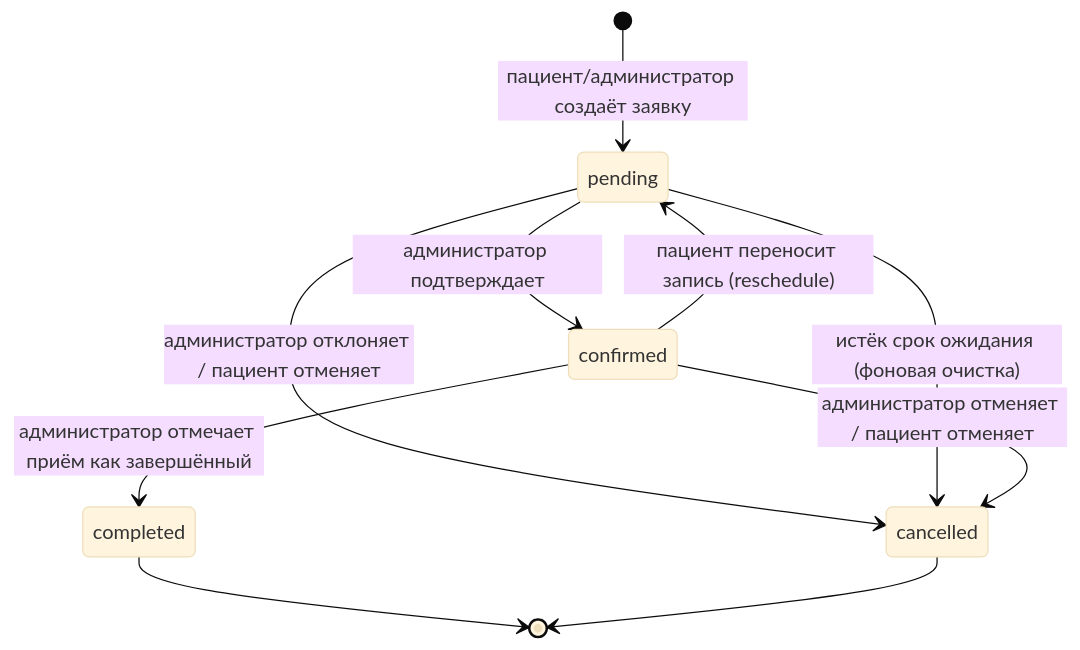
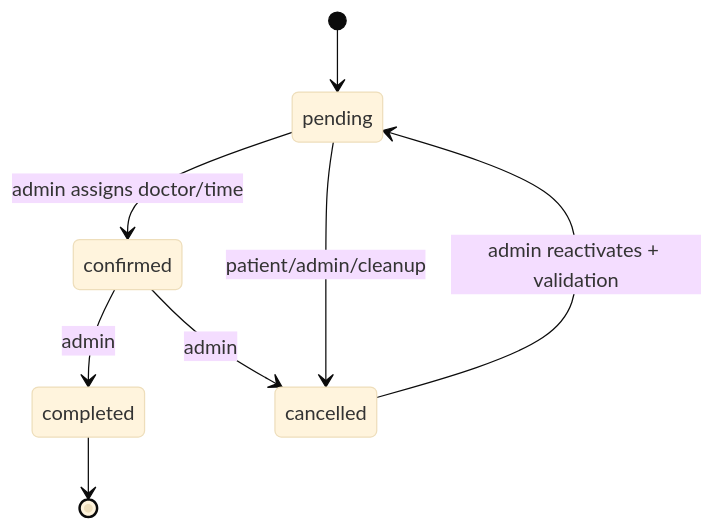
Before and after one commit to ViolettaNcl/DentalClinic: the first of 2 diagrams in docs/DATA_DICTIONARY.md, drawn with Mermaid (base theme). The commit also changed other lines of this file and 37 other files, not shown here.

````diff
--- a/docs/DATA_DICTIONARY.md
+++ b/docs/DATA_DICTIONARY.md
@@ -131,12 +80,10 @@
 ```mermaid
 stateDiagram-v2
-    [*] --> pending: пациент/администратор создаёт заявку
-    pending --> confirmed: администратор подтверждает
-    pending --> cancelled: администратор отклоняет / пациент отменяет
-    pending --> cancelled: истёк срок ожидания (фоновая очистка)
-    confirmed --> completed: администратор отмечает приём как завершённый
-    confirmed --> cancelled: администратор отменяет / пациент отменяет
-    confirmed --> pending: пациент переносит запись (reschedule)
+    [*] --> pending
+    pending --> confirmed: admin assigns doctor/time
+    pending --> cancelled: patient/admin/cleanup
+    confirmed --> completed: admin
+    confirmed --> cancelled: admin
+    cancelled --> pending: admin reactivates + validation
     completed --> [*]
-    cancelled --> [*]
 ```
````
